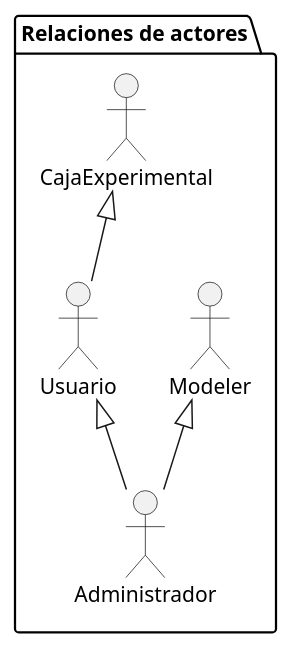
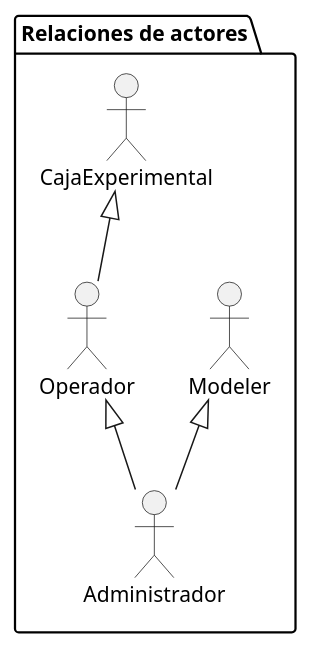
The diagram in Diagramas de Casos de Uso/relaciónActores.puml (MenaVhs/propuesta_pantallas_y_CU), drawn with PlantUML before and after one commit. The commit also changed 4 other files, not shown here.

```diff
--- a/Diagramas de Casos de Uso/relaciónActores.puml
+++ b/Diagramas de Casos de Uso/relaciónActores.puml
@@ -1,19 +1,19 @@
 @startuml ActoresRelaciones
  package "Relaciones de actores"{
     'Creating Actors
     
-    actor Usuario as Us
+    actor Operador as Us
     actor Modeler as Mo
     actor Administrador as Ad
     actor CajaExperimental as Ca
 
     'Adding extensions
     Ca <|-- Us
     Us <|-- Ad
     Mo <|-- Ad
 
     'Crating use cases 
 
 
  }
 @enduml
```
